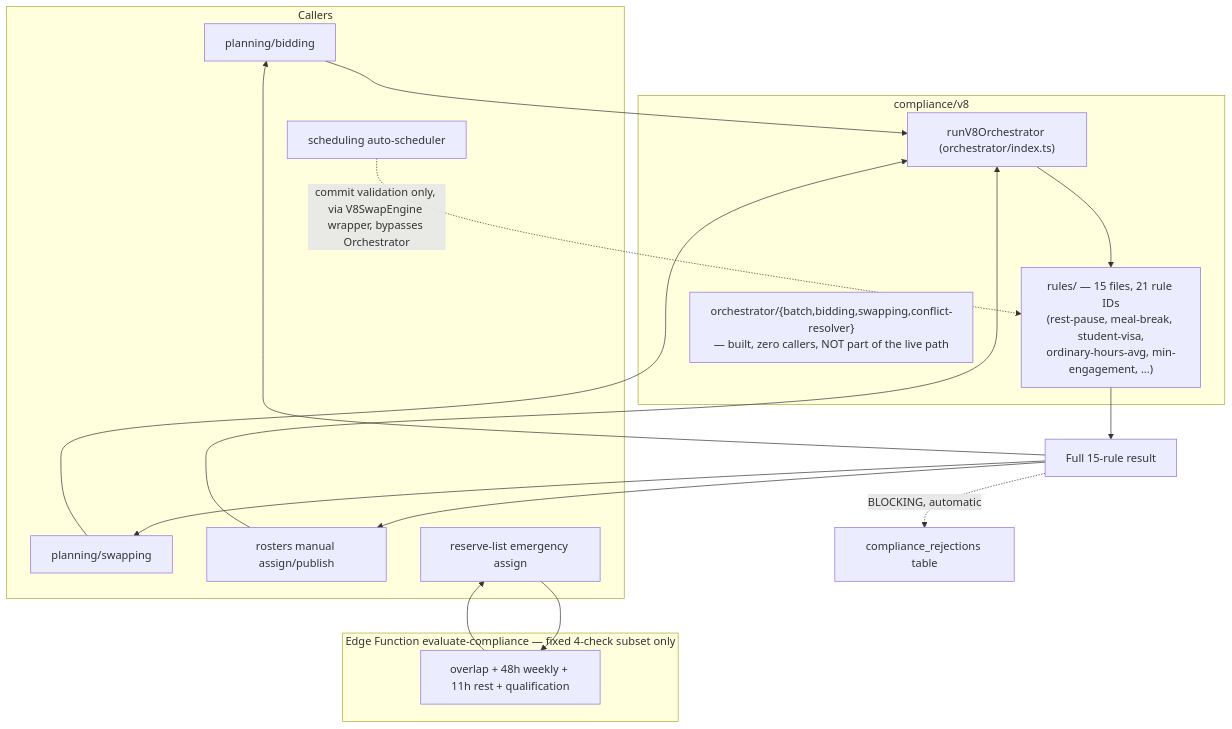
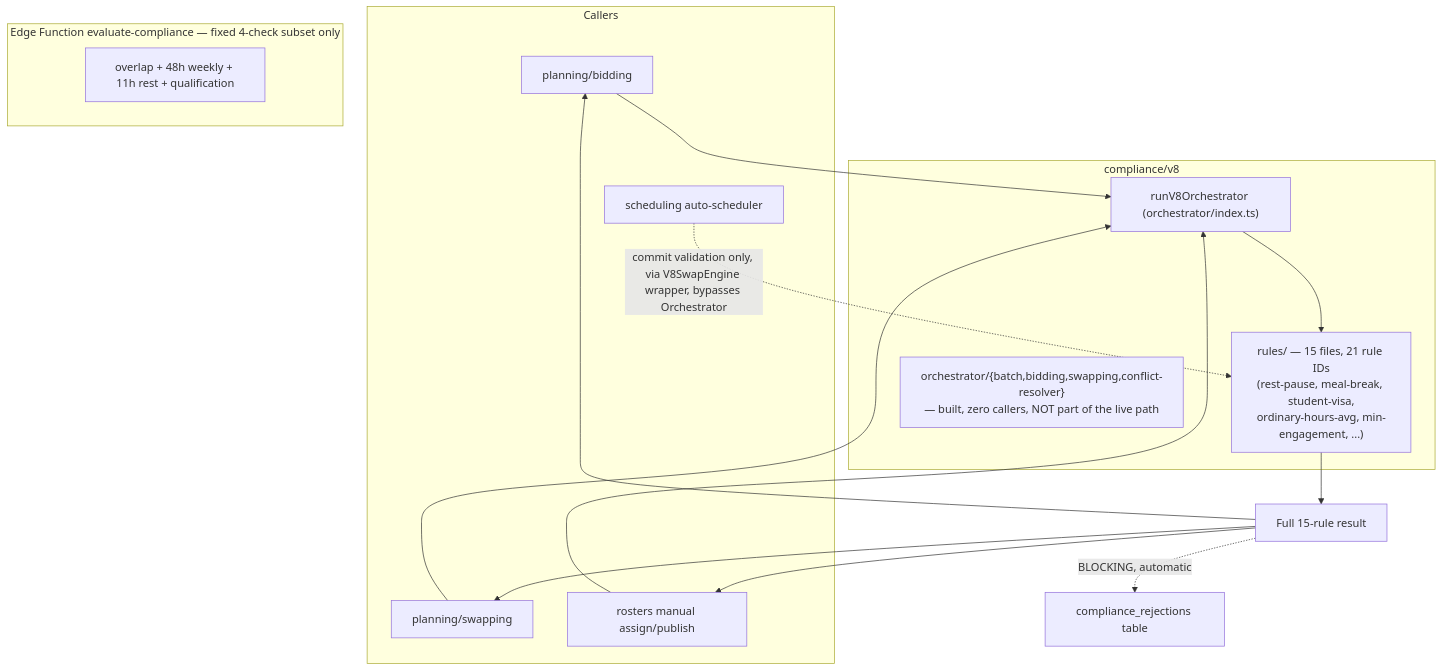
One commit to VinayakKuanr-UNSW/Shiftopia changed the eighth of 10 diagrams in docs/rulebook/02-architecture.md. Above: the diagram before and after it, drawn with Mermaid. The commit also changed other lines of this file and 6 other files, not shown here.

````diff
--- a/docs/rulebook/02-architecture.md
+++ b/docs/rulebook/02-architecture.md
@@ -277,32 +273,29 @@
 ```mermaid
 graph TB
     subgraph Callers
         Bidding[planning/bidding]
         Swapping[planning/swapping]
         Manual[rosters manual assign/publish]
         AutoSched[scheduling auto-scheduler]
-        ReserveList[reserve-list emergency assign]
     end
 
     subgraph V8["compliance/v8"]
         Rules["rules/ — 15 files, 21 rule IDs<br/>(rest-pause, meal-break, student-visa,<br/>ordinary-hours-avg, min-engagement, ...)"]
         Orchestrator["runV8Orchestrator (orchestrator/index.ts)"]
         Dormant["orchestrator/{batch,bidding,swapping,conflict-resolver}<br/>— built, zero callers, NOT part of the live path"]
     end
     subgraph EdgeFixed["Edge Function evaluate-compliance — fixed 4-check subset only"]
         FixedCheck["overlap + 48h weekly + 11h rest + qualification"]
     end
 
     Bidding --> Orchestrator
     Swapping --> Orchestrator
     Manual --> Orchestrator
     AutoSched -.->|"commit validation only, via V8SwapEngine wrapper, bypasses Orchestrator"| Rules
-    ReserveList --> FixedCheck
     Orchestrator --> Rules
     Rules --> Result["Full 15-rule result"]
     Result --> Bidding
     Result --> Swapping
     Result --> Manual
     Result -.->|"BLOCKING, automatic"| RejectionLog[compliance_rejections table]
-    FixedCheck --> ReserveList
 ```
````
